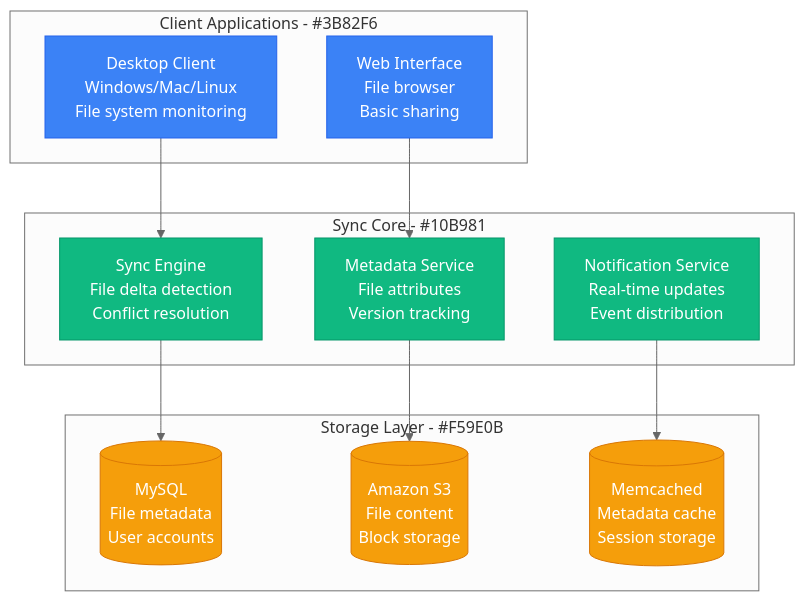
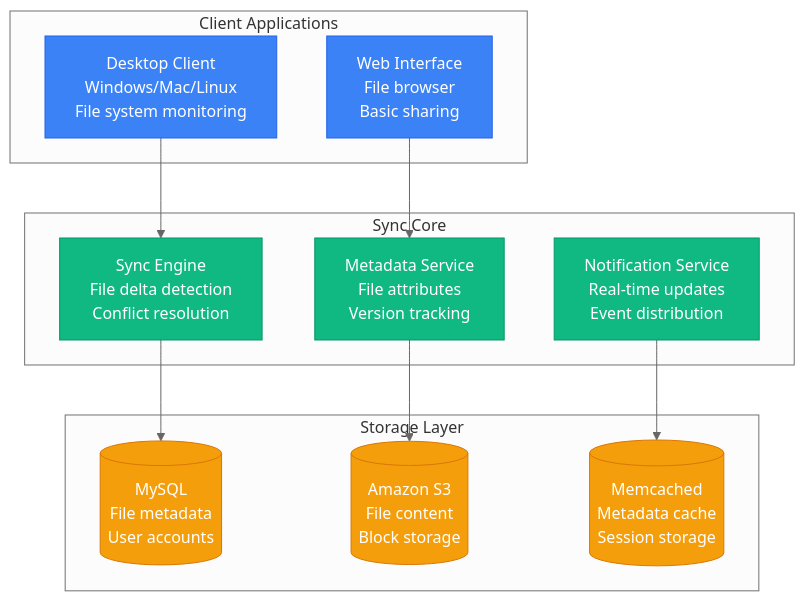
Before and after one commit to deepaucksharma/DS: the first of 3 diagrams in site/docs/scaling/dropbox-scale-evolution.md, drawn with Mermaid (neutral theme). The commit also changed other lines of this file and 169 other files, not shown here.

````diff
--- a/site/docs/scaling/dropbox-scale-evolution.md
+++ b/site/docs/scaling/dropbox-scale-evolution.md
@@ -17,33 +17,33 @@
 ```mermaid
 graph TB
-    subgraph ClientApps[Client Applications - #3B82F6]
+    subgraph ClientApps["Client Applications"]
         DESKTOP[Desktop Client<br/>Windows/Mac/Linux<br/>File system monitoring]
         WEB[Web Interface<br/>File browser<br/>Basic sharing]
     end
 
-    subgraph SyncCore[Sync Core - #10B981]
+    subgraph SyncCore["Sync Core"]
         SYNC_ENGINE[Sync Engine<br/>File delta detection<br/>Conflict resolution]
         METADATA_SVC[Metadata Service<br/>File attributes<br/>Version tracking]
         NOTIFICATION_SVC[Notification Service<br/>Real-time updates<br/>Event distribution]
     end
 
-    subgraph StorageLayer[Storage Layer - #F59E0B]
+    subgraph StorageLayer["Storage Layer"]
         MYSQL[(MySQL<br/>File metadata<br/>User accounts)]
         S3[(Amazon S3<br/>File content<br/>Block storage)]
         MEMCACHED[(Memcached<br/>Metadata cache<br/>Session storage)]
     end
 
     DESKTOP --> SYNC_ENGINE
     WEB --> METADATA_SVC
     SYNC_ENGINE --> MYSQL
     METADATA_SVC --> S3
     NOTIFICATION_SVC --> MEMCACHED
 
     classDef clientStyle fill:#3B82F6,stroke:#2563EB,color:#fff
     classDef syncStyle fill:#10B981,stroke:#059669,color:#fff
     classDef storageStyle fill:#F59E0B,stroke:#D97706,color:#fff
 
     class DESKTOP,WEB clientStyle
     class SYNC_ENGINE,METADATA_SVC,NOTIFICATION_SVC syncStyle
     class MYSQL,S3,MEMCACHED storageStyle
 ```
````
